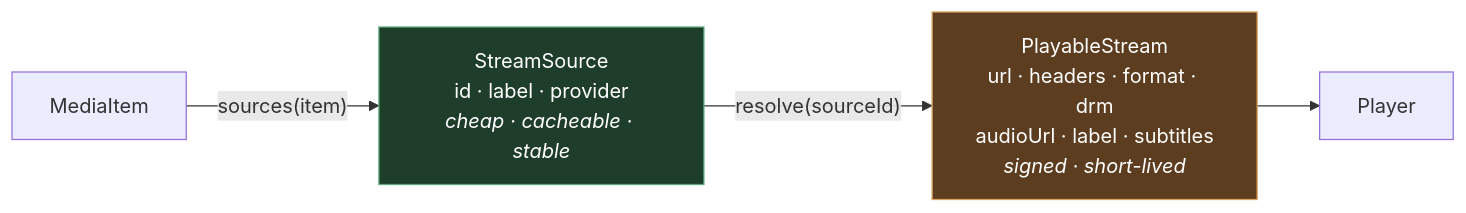
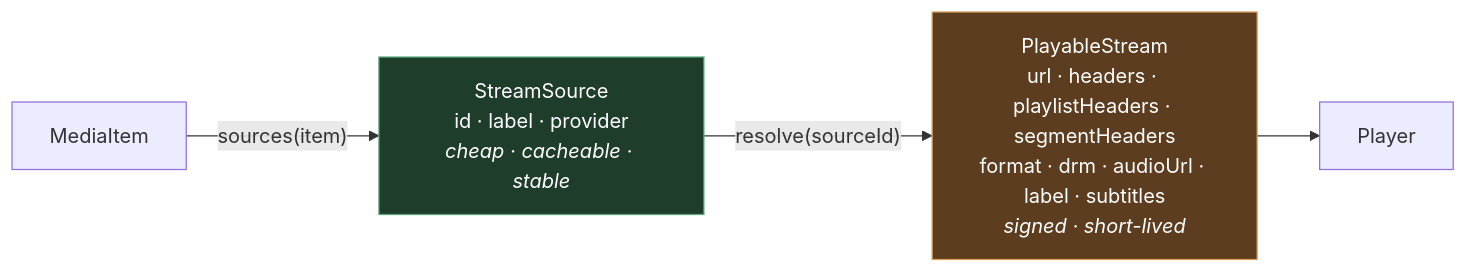
The second of 6 diagrams in docs/05-data-model.md (nimbusfvck/fvcksubs), drawn with Mermaid before and after one commit. The commit also changed other lines of this file and 27 other files, not shown here.

````diff
--- a/docs/05-data-model.md
+++ b/docs/05-data-model.md
@@ -100,9 +100,9 @@
 ```mermaid
 flowchart LR
     MI["MediaItem"] -->|"sources(item)"| SS["StreamSource<br/>id · label · provider<br/><i>cheap · cacheable · stable</i>"]
-    SS -->|"resolve(sourceId)"| PS["PlayableStream<br/>url · headers · format · drm<br/>audioUrl · label · subtitles<br/><i>signed · short-lived</i>"]
+    SS -->|"resolve(sourceId)"| PS["PlayableStream<br/>url · headers · playlistHeaders · segmentHeaders<br/>format · drm · audioUrl · label · subtitles<br/><i>signed · short-lived</i>"]
     PS --> PL["Player"]
 
     style SS fill:#1f3d2b,stroke:#5ba97b,color:#fff
     style PS fill:#5c3d1f,stroke:#d9a05b,color:#fff
 ```
````
